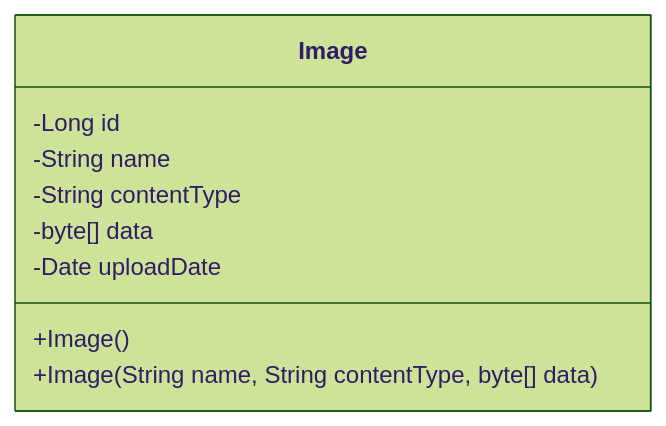
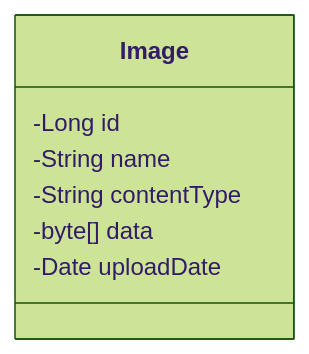
Before and after one commit to Jared73431/SpringTest: the fifth of 5 diagrams in Spring_JPA2/readme.md, drawn with Mermaid (forest theme). The commit also changed other lines of this file and 2 other files, not shown here.

````diff
--- a/Spring_JPA2/readme.md
+++ b/Spring_JPA2/readme.md
@@ -262,12 +241,10 @@
 ```mermaid
 classDiagram
     class Image {
         -Long id
         -String name
         -String contentType
         -byte[] data
         -Date uploadDate
-        +Image()
-        +Image(String name, String contentType, byte[] data)
     }
 ```
````
